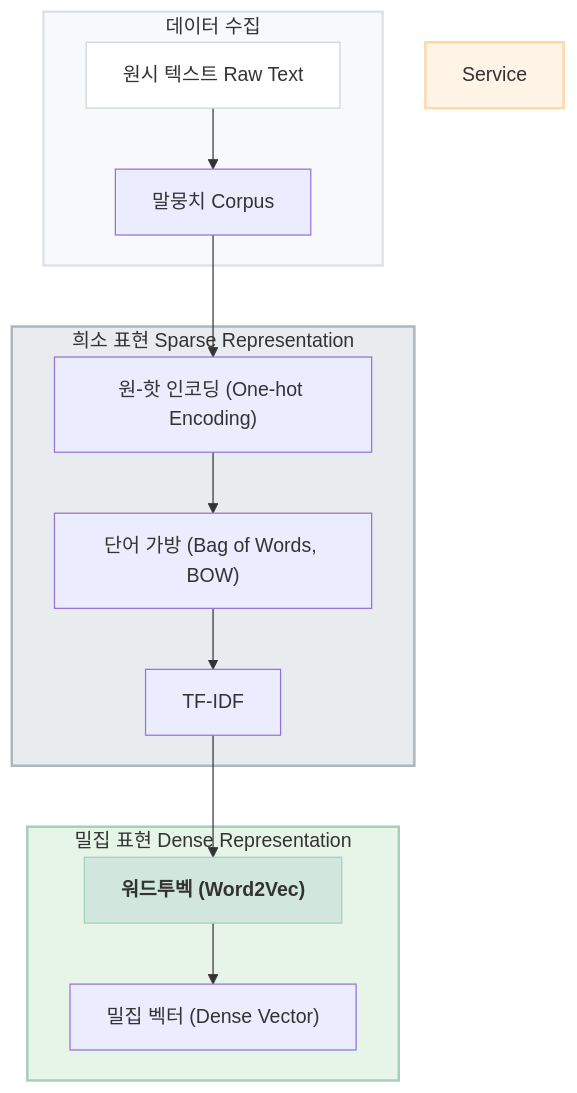
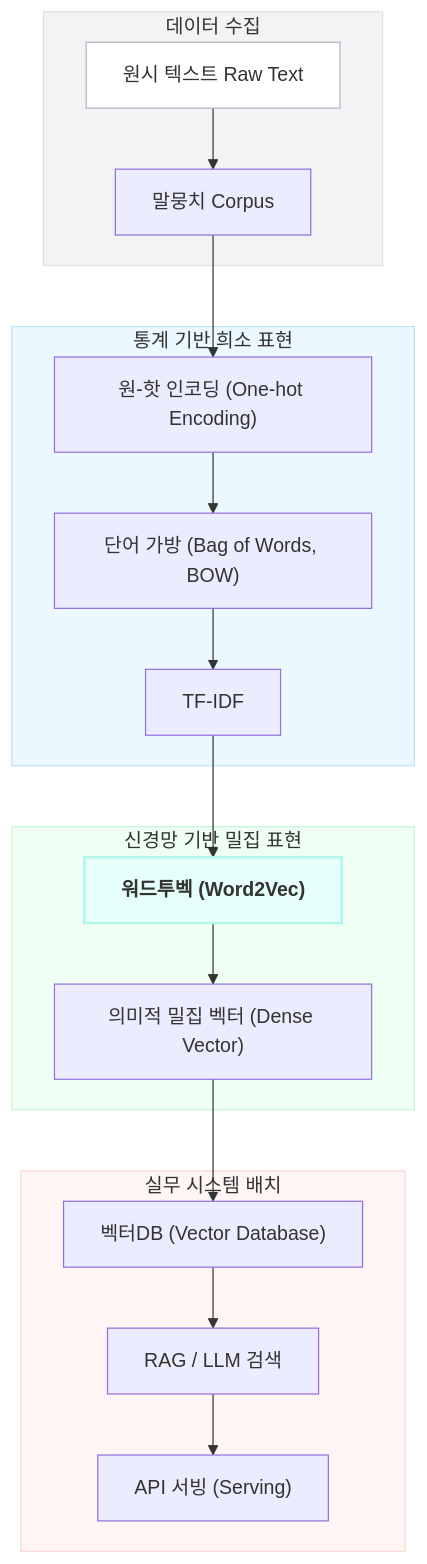
Before and after one commit to chanslab/note: the diagram in 500.Projects/이론부터 실전까지 AI에이전트 완벽 마스터/1장 딥러닝으로 텍스트 데이터 분석하기.md, drawn with Mermaid.

Commit message:
vault backup: 2026-04-19 18:44:22

````diff
--- a/500.Projects/이론부터 실전까지 AI에이전트 완벽 마스터/1장 딥러닝으로 텍스트 데이터 분석하기.md
+++ b/500.Projects/이론부터 실전까지 AI에이전트 완벽 마스터/1장 딥러닝으로 텍스트 데이터 분석하기.md
@@ -17,26 +17,34 @@
 ```mermaid
+
 graph TD
-    subgraph RawData [데이터 수집]
+    subgraph Data [데이터 수집]
         A[원시 텍스트 Raw Text] --> B[말뭉치 Corpus]
     end
 
-    subgraph Sparse [희소 표현 Sparse Representation]
+    subgraph Sparse [통계 기반 희소 표현]
         B --> C["원-핫 인코딩 (One-hot Encoding)"]
         C --> D["단어 가방 (Bag of Words, BOW)"]
         D --> E["TF-IDF"]
     end
 
-    subgraph Dense [밀집 표현 Dense Representation]
+    subgraph Dense [신경망 기반 밀집 표현]
         E --> F["워드투벡 (Word2Vec)"]
-        F --> G["밀집 벡터 (Dense Vector)"]
+        F --> G["의미적 밀집 벡터 (Dense Vector)"]
     end
 
-    %% 은은한 색상 스타일 정의
-    style RawData fill:#f8f9fa,stroke:#dee2e6,stroke-width:2px
-    style Sparse fill:#e9ecef,stroke:#adb5bd,stroke-width:2px
-    style Dense fill:#e7f5e9,stroke:#a3cfbb,stroke-width:2px
-    style Service fill:#fff4e6,stroke:#ffd8a8,stroke-width:2px
+    subgraph Service [실무 시스템 배치]
+        G --> H["벡터DB (Vector Database)"]
+        H --> I["RAG / LLM 검색"]
+        I --> J["API 서빙 (Serving)"]
+    end
+
+    %% 은은한 파스텔 톤 색상 정의 (Muted Pastel Tones)
+    style Data fill:#F1F3F5,stroke:#DEE2E6,stroke-width:1px
+    style Sparse fill:#EBF8FF,stroke:#BEE3F8,stroke-width:1px
+    style Dense fill:#F0FFF4,stroke:#C6F6D5,stroke-width:1px
+    style Service fill:#FFF5F5,stroke:#FED7D7,stroke-width:1px
     
-    style A fill:#ffffff,stroke:#ced4da
-    style F fill:#d1e7dd,stroke:#a3cfbb,font-weight:bold
+    style A fill:#FFFFFF,stroke:#ADB5BD
+    style F fill:#E6FFFA,stroke:#B2F5EA,stroke-width:2px,font-weight:bold
+
 ```
````
